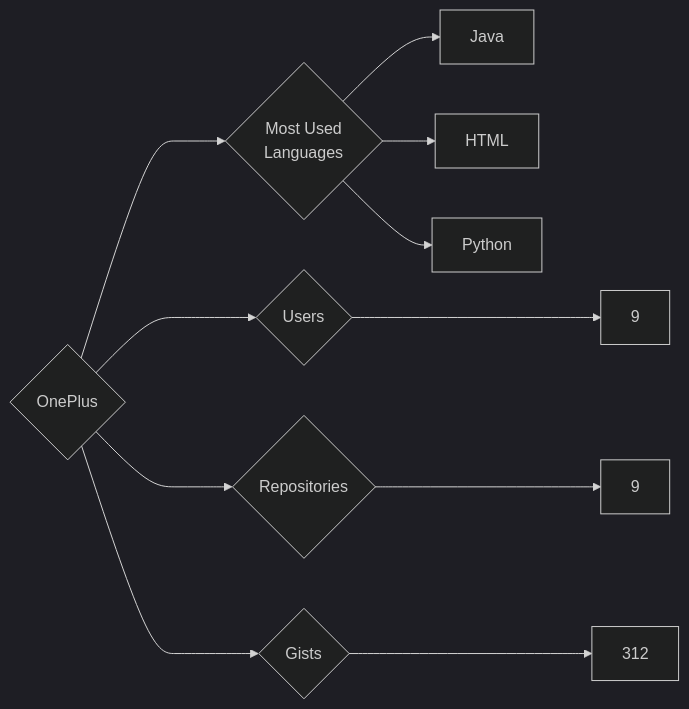
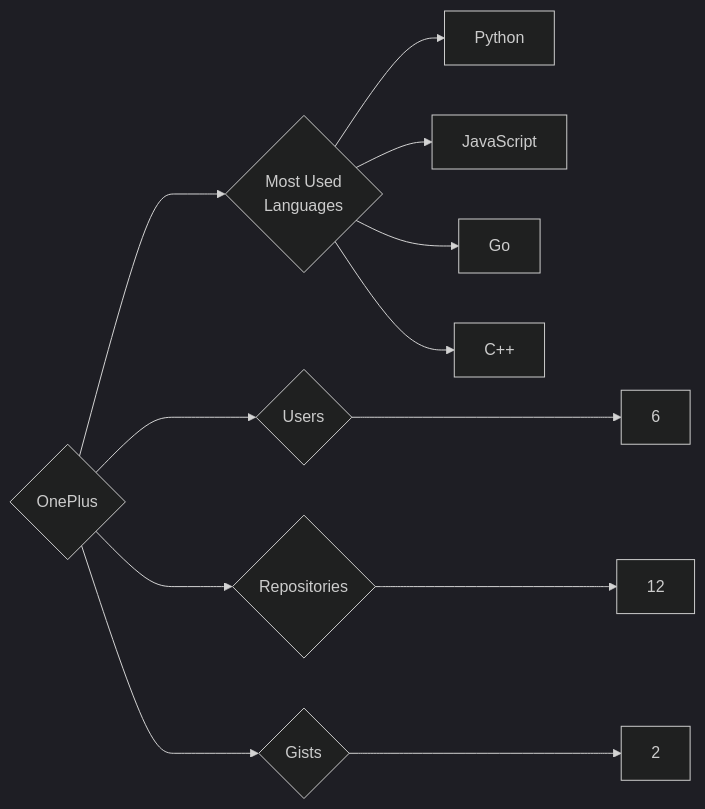
The diagram in targets/OnePlus/README.md (trickest/insiders), drawn with Mermaid (dark theme) before and after one commit. The commit also changed 953 other files, not shown here.

````diff
--- a/targets/OnePlus/README.md
+++ b/targets/OnePlus/README.md
@@ -3,11 +3,12 @@
 ```mermaid
 graph LR
 COMPANY_NAME{OnePlus}
-COMPANY_NAME ---> U{Users} ---> UN[9]
-COMPANY_NAME ---> R{Repositories} ---> RN[9]
-COMPANY_NAME ---> G{Gists} ---> GN[312]
+COMPANY_NAME ---> U{Users} ---> UN[6]
+COMPANY_NAME ---> R{Repositories} ---> RN[12]
+COMPANY_NAME ---> G{Gists} ---> GN[2]
 COMPANY_NAME ---> ML{Most Used<br>Languages}
-ML --> Java[Java]
-ML --> HTML[HTML]
 ML --> Python[Python]
+ML --> JavaScript[JavaScript]
+ML --> Go[Go]
+ML --> C++[C++]
 ```
````
